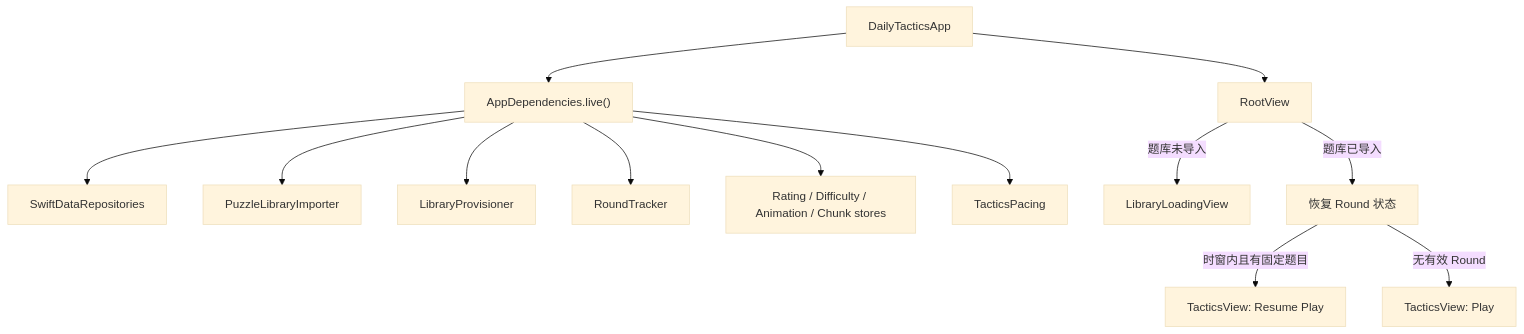
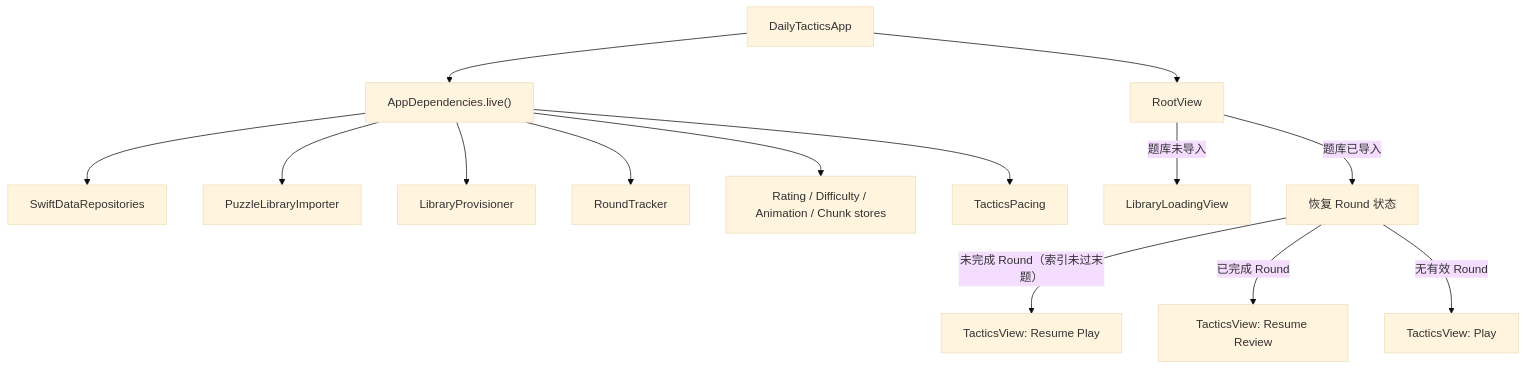
One commit to MoseDien/Tactics changed the second of 7 diagrams in docs/arch/ARCHITECTURE.md. Above: the diagram before and after it, drawn with Mermaid (base theme). The commit also changed other lines of this file and 10 other files, not shown here.

````diff
--- a/docs/arch/ARCHITECTURE.md
+++ b/docs/arch/ARCHITECTURE.md
@@ -94,15 +94,16 @@
 ```mermaid
 flowchart TD
     Entry["DailyTacticsApp"] --> DI["AppDependencies.live()"]
     DI --> Repo["SwiftDataRepositories"]
     DI --> Importer["PuzzleLibraryImporter"]
     DI --> Provisioner["LibraryProvisioner"]
     DI --> Round["RoundTracker"]
     DI --> Defaults["Rating / Difficulty / Animation / Chunk stores"]
     DI --> Pace["TacticsPacing"]
     Entry --> Root["RootView"]
     Root -->|"题库未导入"| Loading["LibraryLoadingView"]
     Root -->|"题库已导入"| Restore["恢复 Round 状态"]
-    Restore -->|"时窗内且有固定题目"| Resume["TacticsView: Resume Play"]
+    Restore -->|"未完成 Round（索引未过末题）"| Resume["TacticsView: Resume Play"]
+    Restore -->|"已完成 Round"| Review["TacticsView: Resume Review"]
     Restore -->|"无有效 Round"| Play["TacticsView: Play"]
 ```
````
